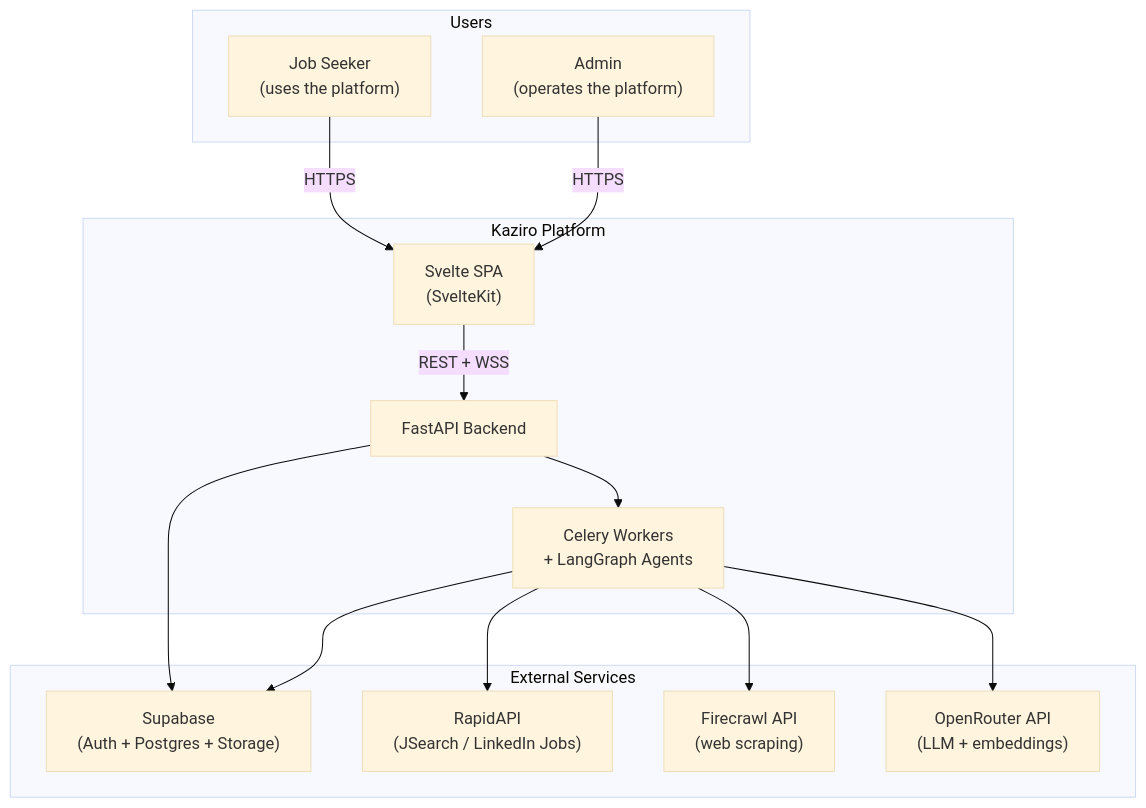
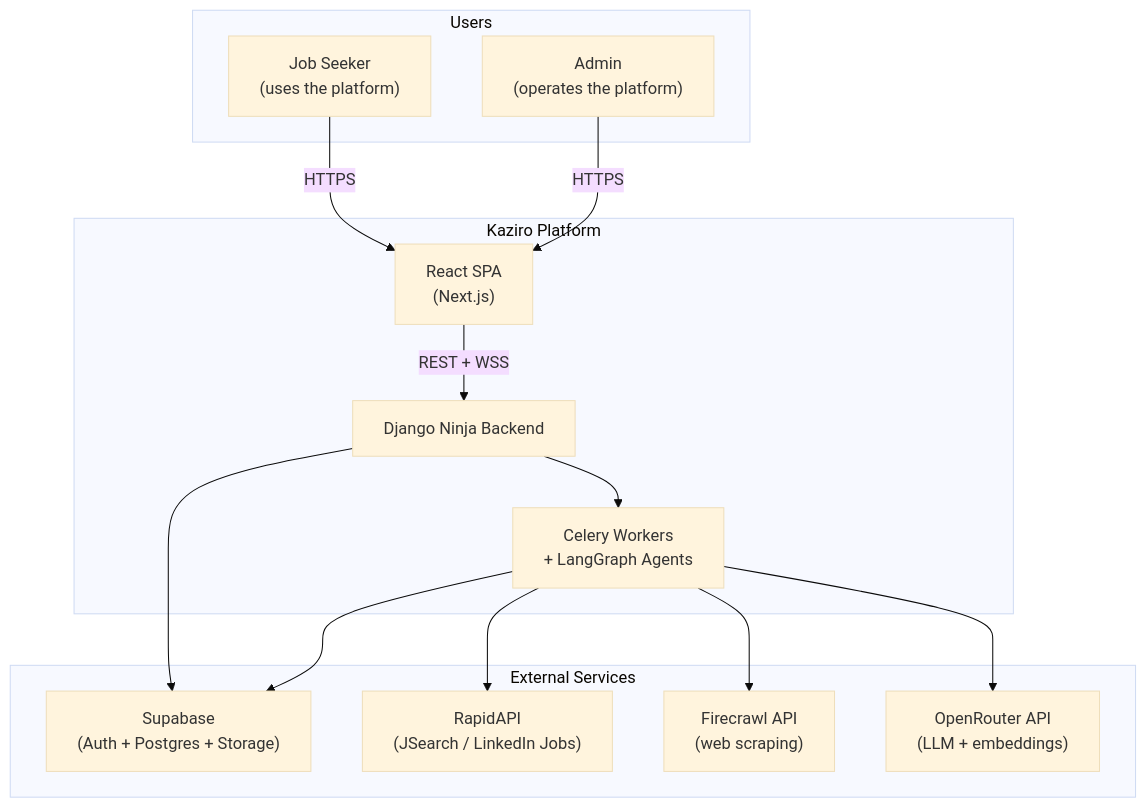
The diagram in docs/architecture/diagrams/system-context.md (Gathondu/kaziro), drawn with Mermaid (base theme) before and after one commit. The commit also changed 561 other files, not shown here.

Commit message:
remove previous fast api and svelte frontend

````diff
--- a/docs/architecture/diagrams/system-context.md
+++ b/docs/architecture/diagrams/system-context.md
@@ -13,30 +13,30 @@
 ```mermaid
 flowchart TB
   subgraph users [Users]
     user["Job Seeker<br/>(uses the platform)"]
     admin["Admin<br/>(operates the platform)"]
   end
 
   subgraph kaziro [Kaziro Platform]
-    fe["Svelte SPA<br/>(SvelteKit)"]
-    api["FastAPI Backend"]
+    fe["React SPA<br/>(Next.js)"]
+    api["Django Ninja Backend"]
     workers["Celery Workers<br/>+ LangGraph Agents"]
   end
 
   subgraph external [External Services]
     supa["Supabase<br/>(Auth + Postgres + Storage)"]
     rapid["RapidAPI<br/>(JSearch / LinkedIn Jobs)"]
     firecrawl["Firecrawl API<br/>(web scraping)"]
     openrouter["OpenRouter API<br/>(LLM + embeddings)"]
   end
 
   user -->|HTTPS| fe
   admin -->|HTTPS| fe
   fe -->|REST + WSS| api
   api --> supa
   api --> workers
   workers --> rapid
   workers --> firecrawl
   workers --> openrouter
   workers --> supa
 ```
````
